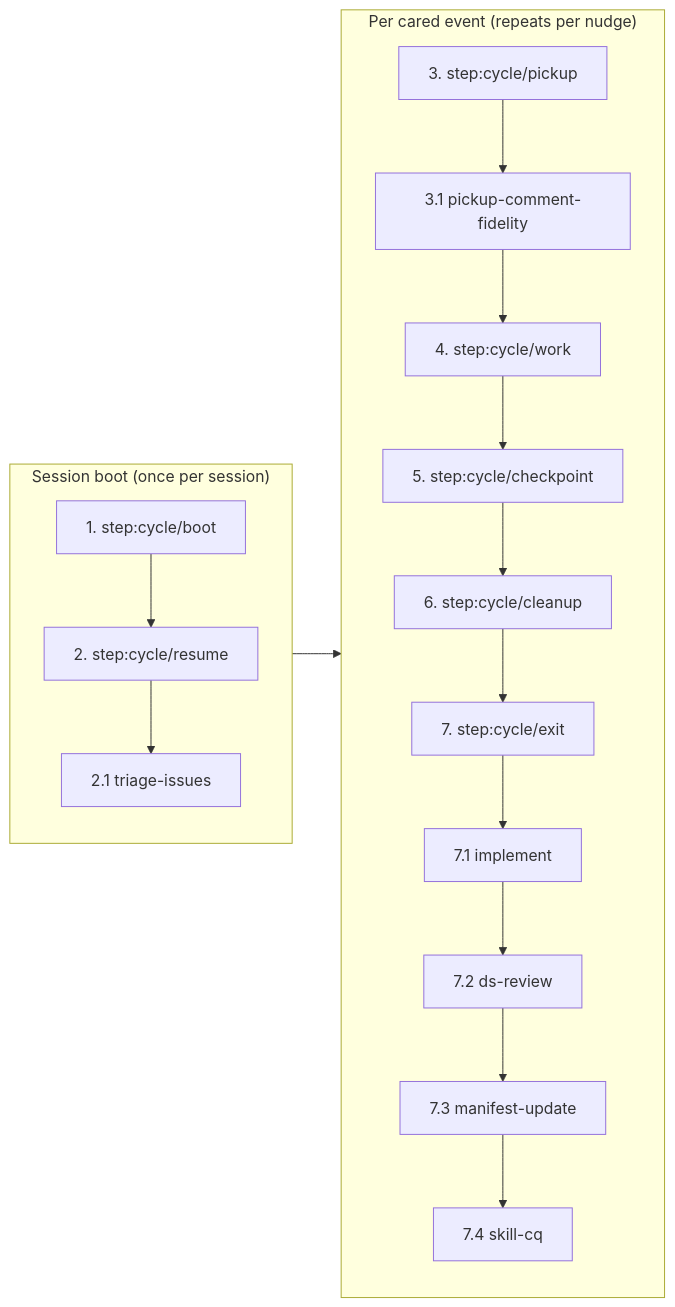
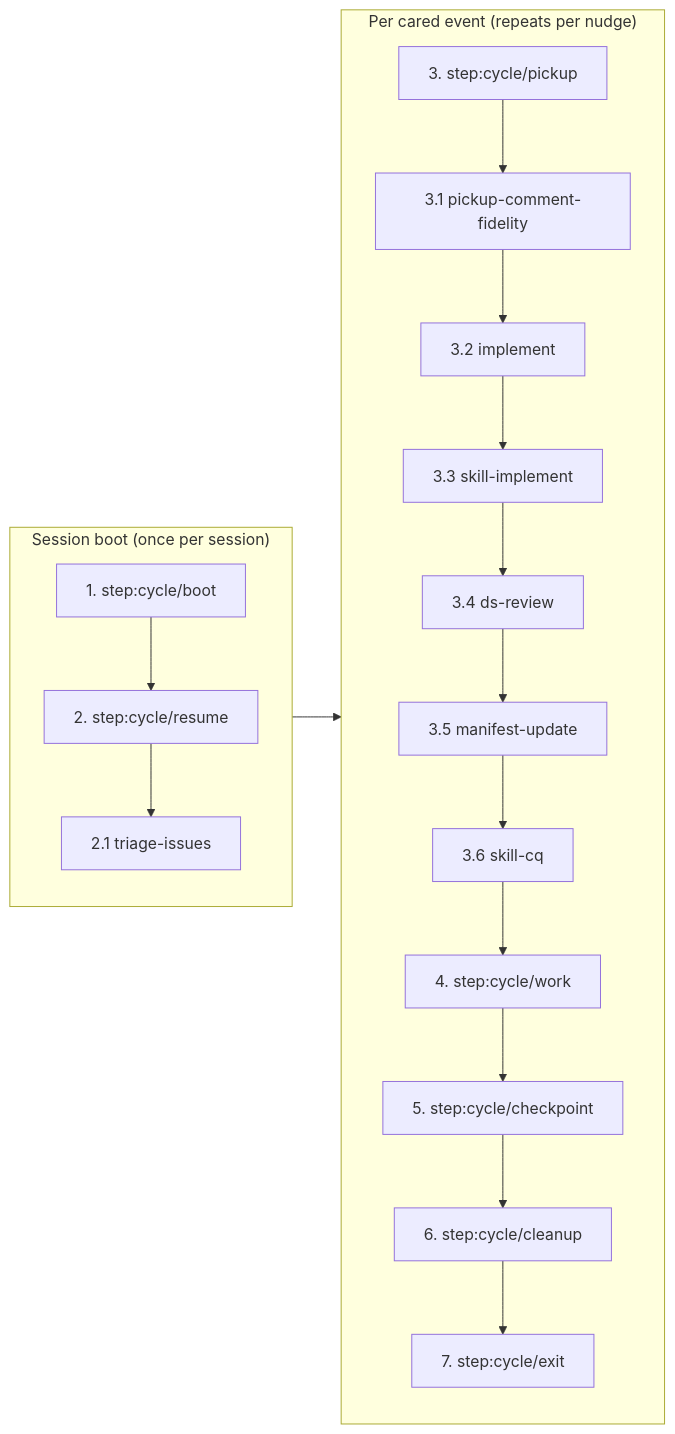
One commit to WallyDoodlez/SquidSquad changed the fourth of 4 diagrams in .squidsquad/skill/CLAUDE.linked.md. Above: the diagram before and after it, drawn with Mermaid. The commit also changed other lines of this file and 2 other files, not shown here.

Commit message:
pm: pm: planning §10.7 — §10.3 packaging verifications resolved (Skill invocation confirmed; Node = preflight prerequisite, not guarantee)

````diff
--- a/.squidsquad/skill/CLAUDE.linked.md
+++ b/.squidsquad/skill/CLAUDE.linked.md
@@ -474,32 +476,34 @@
 ```mermaid
 flowchart LR
     subgraph SessionBoot["Session boot (once per session)"]
         S1["1. step:cycle/boot"]
         S2["2. step:cycle/resume"]
         S2_1["2.1 triage-issues"]
     end
     subgraph WalkLoop["Per cared event (repeats per nudge)"]
         S3["3. step:cycle/pickup"]
         S3_1["3.1 pickup-comment-fidelity"]
+        S3_2["3.2 implement"]
+        S3_3["3.3 skill-implement"]
+        S3_4["3.4 ds-review"]
+        S3_5["3.5 manifest-update"]
+        S3_6["3.6 skill-cq"]
         S4["4. step:cycle/work"]
         S5["5. step:cycle/checkpoint"]
         S6["6. step:cycle/cleanup"]
         S7["7. step:cycle/exit"]
-        S7_1["7.1 implement"]
-        S7_2["7.2 ds-review"]
-        S7_3["7.3 manifest-update"]
-        S7_4["7.4 skill-cq"]
     end
     S1 --> S2
     S2 --> S2_1
     S3 --> S3_1
-    S3_1 --> S4
+    S3_1 --> S3_2
+    S3_2 --> S3_3
+    S3_3 --> S3_4
+    S3_4 --> S3_5
+    S3_5 --> S3_6
+    S3_6 --> S4
     S4 --> S5
     S5 --> S6
     S6 --> S7
-    S7 --> S7_1
-    S7_1 --> S7_2
-    S7_2 --> S7_3
-    S7_3 --> S7_4
     SessionBoot --> WalkLoop
 ```
````
